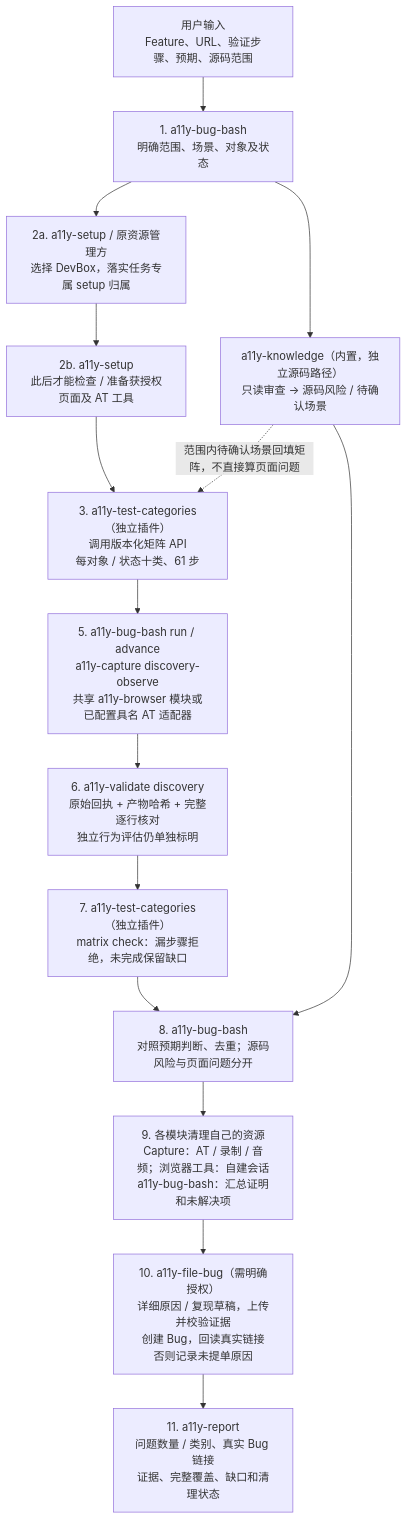
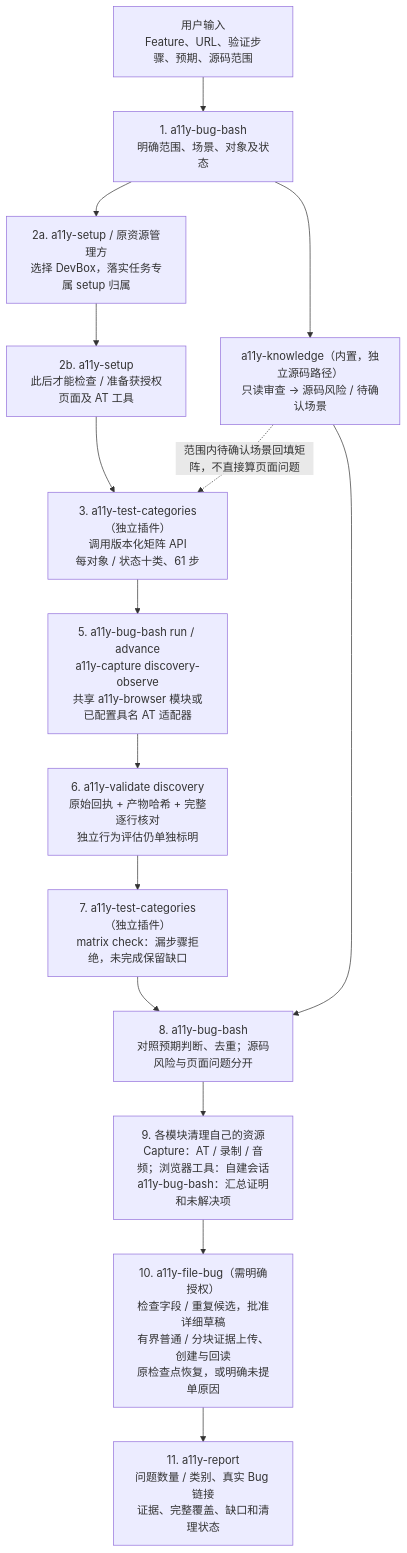
Before and after one commit to kaixun96/dev.A11yAssist: the first of 2 diagrams in docs/BUG-BASH-ARCHITECTURE.zh-CN.md, drawn with Mermaid. The commit also changed other lines of this file and 200 other files, not shown here.

````diff
--- a/docs/BUG-BASH-ARCHITECTURE.zh-CN.md
+++ b/docs/BUG-BASH-ARCHITECTURE.zh-CN.md
@@ -51,21 +56,21 @@
 ```mermaid
 flowchart TD
     U["用户输入<br/>Feature、URL、验证步骤、预期、源码范围"]
     P["1. a11y-bug-bash<br/>明确范围、场景、对象及状态"]
     R["2a. a11y-setup / 原资源管理方<br/>选择 DevBox，落实任务专属 setup 归属"]
     S["2b. a11y-setup<br/>此后才能检查 / 准备获授权页面及 AT 工具"]
     C["3. a11y-test-categories（独立插件）<br/>调用版本化矩阵 API<br/>每对象 / 状态十类、61 步"]
     E["5. a11y-bug-bash run / advance<br/>a11y-capture discovery-observe<br/>共享 a11y-browser 模块或已配置具名 AT 适配器"]
     K["a11y-knowledge（内置，独立源码路径）<br/>只读审查 → 源码风险 / 待确认场景"]
     V["6. a11y-validate discovery<br/>原始回执 + 产物哈希 + 完整逐行核对<br/>独立行为评估仍单独标明"]
     G["7. a11y-test-categories（独立插件）<br/>matrix check：漏步骤拒绝，未完成保留缺口"]
     A["8. a11y-bug-bash<br/>对照预期判断、去重；源码风险与页面问题分开"]
     O["9. 各模块清理自己的资源<br/>Capture：AT / 录制 / 音频；浏览器工具：自建会话<br/>a11y-bug-bash：汇总证明和未解决项"]
-    B["10. a11y-file-bug（需明确授权）<br/>详细原因 / 复现草稿，上传并校验证据<br/>创建 Bug，回读真实链接<br/>否则记录未提单原因"]
+    B["10. a11y-file-bug（需明确授权）<br/>检查字段 / 重复候选，批准详细草稿<br/>有界普通 / 分块证据上传、创建与回读<br/>原检查点恢复，或明确未提单原因"]
     F["11. a11y-report<br/>问题数量 / 类别、真实 Bug 链接<br/>证据、完整覆盖、缺口和清理状态"]
     U --> P
     P --> R --> S --> C --> E --> V --> G --> A --> O --> B --> F
     P --> K
     K --> A
     K -. "范围内待确认场景回填矩阵，不直接算页面问题" .-> C
 ```
````
